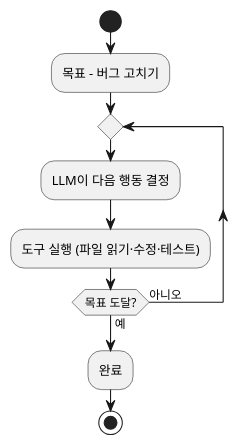
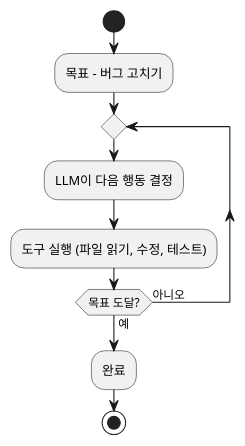
The second of 3 diagrams in blog/2026-08-05-ai-concepts-llm-agent-mcp.mdx (johnycho/johny-dev), drawn with PlantUML before and after one commit. The commit also changed other lines of this file and 188 other files, not shown here.

````diff
--- a/blog/2026-08-05-ai-concepts-llm-agent-mcp.mdx
+++ b/blog/2026-08-05-ai-concepts-llm-agent-mcp.mdx
@@ -98,12 +98,12 @@
 ```plantuml
 @startuml
 start
 :목표 - 버그 고치기;
 repeat
   :LLM이 다음 행동 결정;
-  :도구 실행 (파일 읽기·수정·테스트);
+  :도구 실행 (파일 읽기, 수정, 테스트);
 repeat while (목표 도달?) is (아니오) not (예)
 :완료;
 stop
 @enduml
 ```
````
